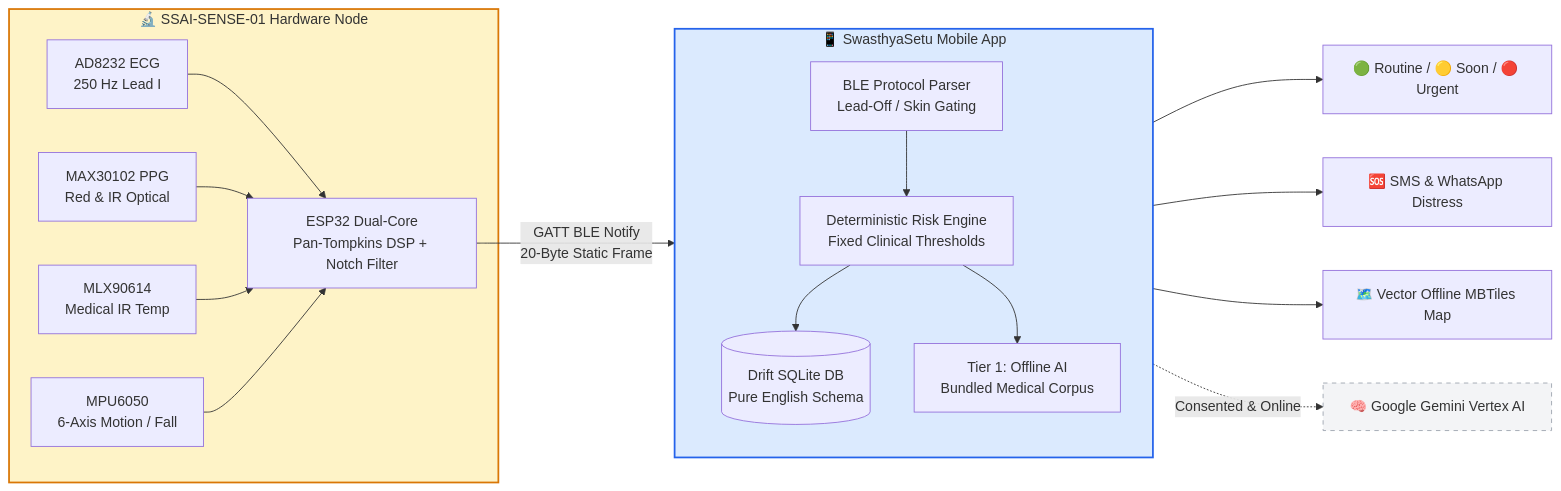
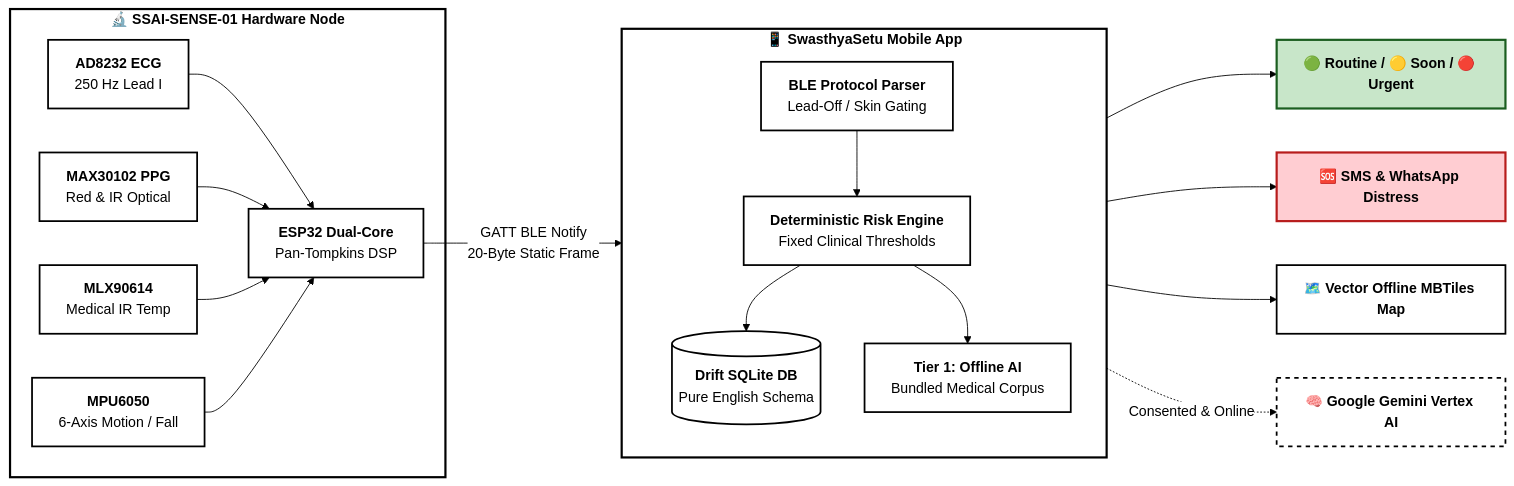
One commit to krishnendukoley2007-arch/swasthyasetu-ai changed the first of 2 diagrams in README.md. Above: the diagram before and after it, drawn with Mermaid. The commit also changed other lines of this file, not shown here.

Commit message:
style: maximize contrast with bold jet-black text and crisp borders in Mermaid workflows

````diff
--- a/README.md
+++ b/README.md
@@ -257,35 +257,51 @@
 ```mermaid
+%%{init: {'theme': 'base', 'themeVariables': { 'primaryColor': '#ffffff', 'primaryTextColor': '#000000', 'primaryBorderColor': '#000000', 'lineColor': '#000000', 'textColor': '#000000', 'mainBkg': '#ffffff', 'nodeBorder': '#000000', 'clusterBkg': '#ffffff', 'clusterBorder': '#000000', 'edgeLabelBackground': '#ffffff' }}}%%
 flowchart LR
-    subgraph SENSORS["🔬 SSAI-SENSE-01 Hardware Node"]
-        ECG["AD8232 ECG<br/>250 Hz Lead I"]
-        PPG["MAX30102 PPG<br/>Red & IR Optical"]
-        TMP["MLX90614<br/>Medical IR Temp"]
-        IMU["MPU6050<br/>6-Axis Motion / Fall"]
-        ESP["ESP32 Dual-Core<br/>Pan-Tompkins DSP + Notch Filter"]
+    subgraph SENSORS["<b>🔬 SSAI-SENSE-01 Hardware Node</b>"]
+        ECG["<b>AD8232 ECG</b><br/>250 Hz Lead I"]
+        PPG["<b>MAX30102 PPG</b><br/>Red & IR Optical"]
+        TMP["<b>MLX90614</b><br/>Medical IR Temp"]
+        IMU["<b>MPU6050</b><br/>6-Axis Motion / Fall"]
+        ESP["<b>ESP32 Dual-Core</b><br/>Pan-Tompkins DSP"]
         ECG --> ESP
         PPG --> ESP
         TMP --> ESP
         IMU --> ESP
     end
 
     ESP -->|"GATT BLE Notify<br/>20-Byte Static Frame"| APP
 
-    subgraph APP["📱 SwasthyaSetu Mobile App"]
-        PROTO["BLE Protocol Parser<br/>Lead-Off / Skin Gating"]
-        ENGINE["Deterministic Risk Engine<br/>Fixed Clinical Thresholds"]
-        DB[("Drift SQLite DB<br/>Pure English Schema")]
-        TIER1["Tier 1: Offline AI<br/>Bundled Medical Corpus"]
+    subgraph APP["<b>📱 SwasthyaSetu Mobile App</b>"]
+        PROTO["<b>BLE Protocol Parser</b><br/>Lead-Off / Skin Gating"]
+        ENGINE["<b>Deterministic Risk Engine</b><br/>Fixed Clinical Thresholds"]
+        DB[("<b>Drift SQLite DB</b><br/>Pure English Schema")]
+        TIER1["<b>Tier 1: Offline AI</b><br/>Bundled Medical Corpus"]
         PROTO --> ENGINE
         ENGINE --> DB
         ENGINE --> TIER1
     end
 
-    APP --> OUT1["🟢 Routine / 🟡 Soon / 🔴 Urgent"]
-    APP --> OUT2["🆘 SMS & WhatsApp Distress"]
-    APP --> OUT3["🗺️ Vector Offline MBTiles Map"]
-    APP -.->|"Consented & Online"| CLOUD["🧠 Google Gemini Vertex AI"]
+    APP --> OUT1["<b>🟢 Routine / 🟡 Soon / 🔴 Urgent</b>"]
+    APP --> OUT2["<b>🆘 SMS & WhatsApp Distress</b>"]
+    APP --> OUT3["<b>🗺️ Vector Offline MBTiles Map</b>"]
+    APP -.->|"Consented & Online"| CLOUD["<b>🧠 Google Gemini Vertex AI</b>"]
 
-    style SENSORS fill:#fef3c7,stroke:#d97706,stroke-width:2px
-    style APP fill:#dbeafe,stroke:#2563eb,stroke-width:2px
-    style CLOUD fill:#f3f4f6,stroke:#9ca3af,stroke-dasharray: 5 5
+    style SENSORS fill:#ffffff,stroke:#000000,stroke-width:2.5px,color:#000000
+    style APP fill:#ffffff,stroke:#000000,stroke-width:2.5px,color:#000000
+    style CLOUD fill:#ffffff,stroke:#000000,stroke-width:2px,stroke-dasharray: 5 5,color:#000000
+
+    style ECG fill:#ffffff,stroke:#000000,stroke-width:2px,color:#000000
+    style PPG fill:#ffffff,stroke:#000000,stroke-width:2px,color:#000000
+    style TMP fill:#ffffff,stroke:#000000,stroke-width:2px,color:#000000
+    style IMU fill:#ffffff,stroke:#000000,stroke-width:2px,color:#000000
+    style ESP fill:#ffffff,stroke:#000000,stroke-width:2px,color:#000000
+
+    style PROTO fill:#ffffff,stroke:#000000,stroke-width:2px,color:#000000
+    style ENGINE fill:#ffffff,stroke:#000000,stroke-width:2px,color:#000000
+    style DB fill:#ffffff,stroke:#000000,stroke-width:2px,color:#000000
+    style TIER1 fill:#ffffff,stroke:#000000,stroke-width:2px,color:#000000
+
+    style OUT1 fill:#c8e6c9,stroke:#1b5e20,stroke-width:2.5px,color:#000000
+    style OUT2 fill:#ffcdd2,stroke:#b71c1c,stroke-width:2.5px,color:#000000
+    style OUT3 fill:#ffffff,stroke:#000000,stroke-width:2px,color:#000000
 ```
````
